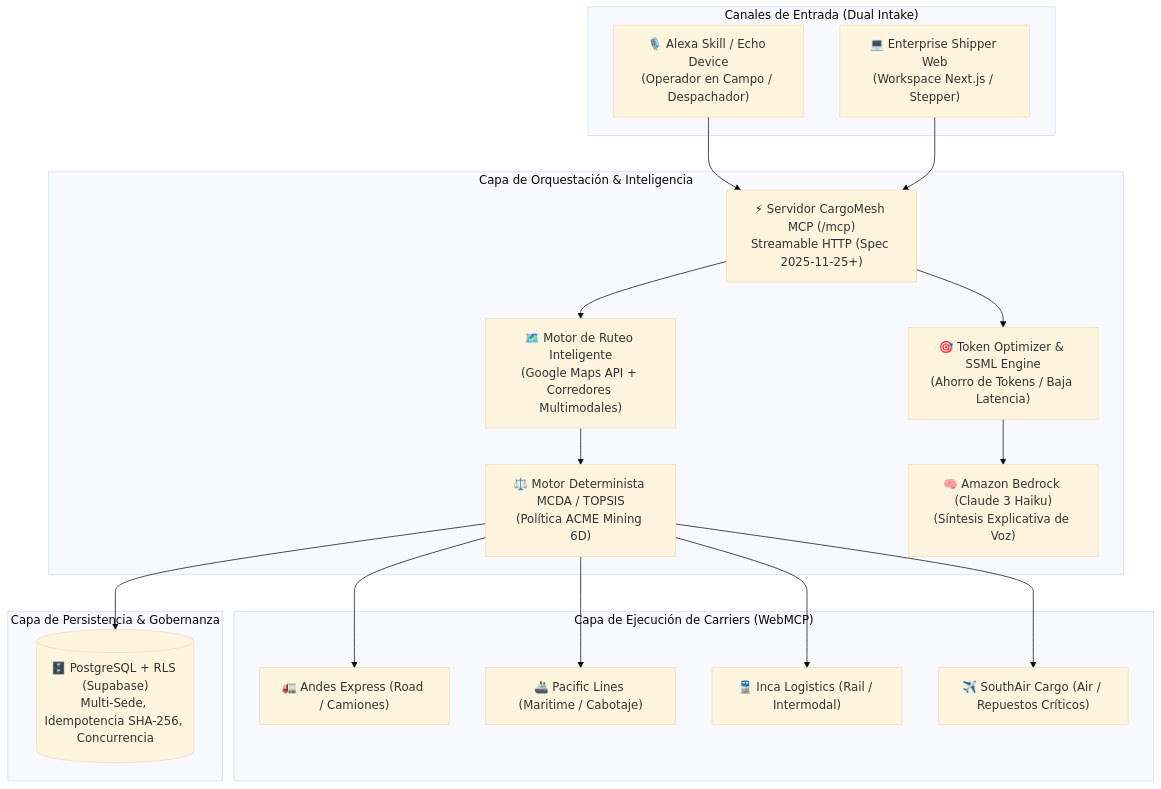
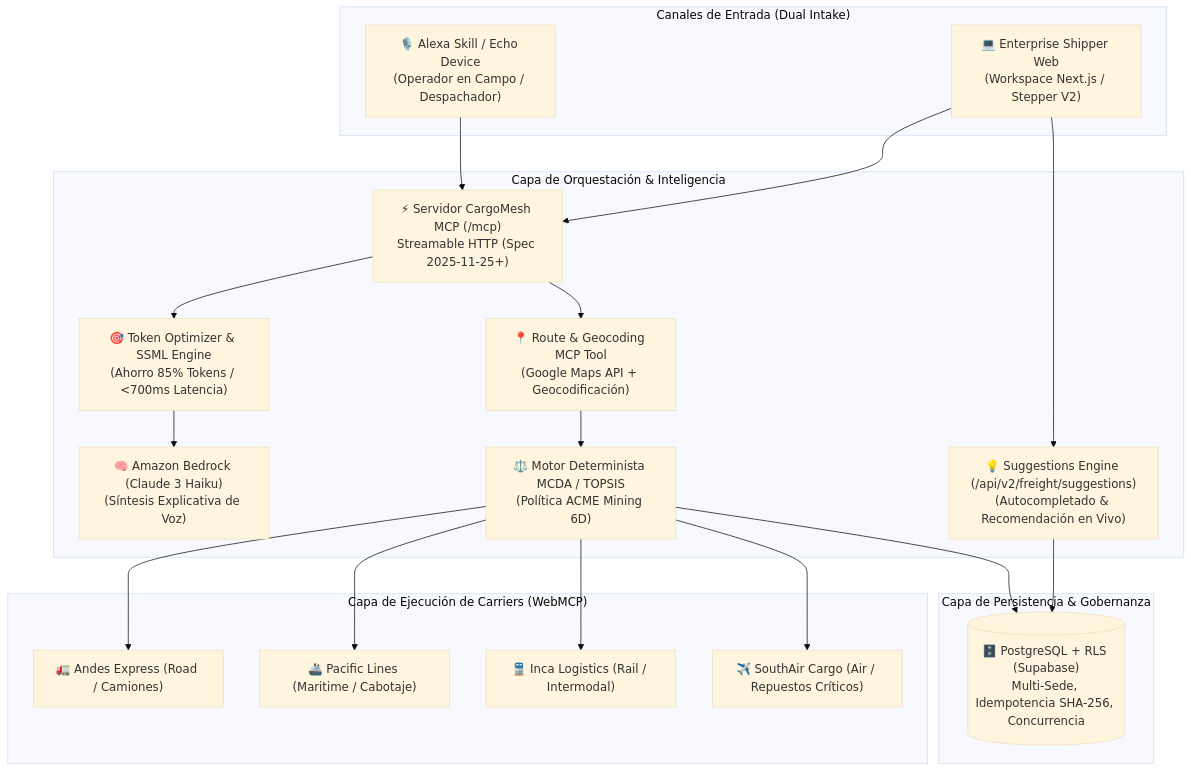
The first of 3 diagrams in docs/architecture-v2/CARGOMESH_V2_EVOLUTION_BLUEPRINT.md (Chujutak2024/cargomesh), drawn with Mermaid (base theme) before and after one commit. The commit also changed other lines of this file, not shown here.

Commit message:
docs(blueprint): add Route MCP, MCP gap audit, suggestions API, and Stepper V2 redesign

````diff
--- a/docs/architecture-v2/CARGOMESH_V2_EVOLUTION_BLUEPRINT.md
+++ b/docs/architecture-v2/CARGOMESH_V2_EVOLUTION_BLUEPRINT.md
@@ -9,38 +9,41 @@
 ```mermaid
 graph TD
     subgraph "Canales de Entrada (Dual Intake)"
         ALEXA["🎙️ Alexa Skill / Echo Device<br>(Operador en Campo / Despachador)"]
-        WEB["💻 Enterprise Shipper Web<br>(Workspace Next.js / Stepper)"]
+        WEB["💻 Enterprise Shipper Web<br>(Workspace Next.js / Stepper V2)"]
     end
 
     subgraph "Capa de Orquestación & Inteligencia"
         MCP["⚡ Servidor CargoMesh MCP (/mcp)<br>Streamable HTTP (Spec 2025-11-25+)"]
-        TOKEN_OPT["🎯 Token Optimizer & SSML Engine<br>(Ahorro de Tokens / Baja Latencia)"]
-        ROUTING["🗺️ Motor de Ruteo Inteligente<br>(Google Maps API + Corredores Multimodales)"]
+        TOKEN_OPT["🎯 Token Optimizer & SSML Engine<br>(Ahorro 85% Tokens / <700ms Latencia)"]
+        ROUTING_MCP["📍 Route & Geocoding MCP Tool<br>(Google Maps API + Geocodificación)"]
+        SUGGEST_API["💡 Suggestions Engine (/api/v2/freight/suggestions)<br>(Autocompletado & Recomendación en Vivo)"]
         MCDA["⚖️ Motor Determinista MCDA / TOPSIS<br>(Política ACME Mining 6D)"]
         BEDROCK["🧠 Amazon Bedrock (Claude 3 Haiku)<br>(Síntesis Explicativa de Voz)"]
     end
 
     subgraph "Capa de Ejecución de Carriers (WebMCP)"
         ANDES["🚛 Andes Express (Road / Camiones)"]
         PACIFIC["🚢 Pacific Lines (Maritime / Cabotaje)"]
         INCA["🚆 Inca Logistics (Rail / Intermodal)"]
         AIR["✈️ SouthAir Cargo (Air / Repuestos Críticos)"]
     end
 
     subgraph "Capa de Persistencia & Gobernanza"
         DB[("🗄️ PostgreSQL + RLS (Supabase)<br>Multi-Sede, Idempotencia SHA-256, Concurrencia")]
     end
 
     ALEXA --> MCP
     WEB --> MCP
     MCP --> TOKEN_OPT
     TOKEN_OPT --> BEDROCK
-    MCP --> ROUTING
-    ROUTING --> MCDA
+    MCP --> ROUTING_MCP
+    WEB --> SUGGEST_API
+    ROUTING_MCP --> MCDA
+    SUGGEST_API --> DB
     MCDA --> ANDES
     MCDA --> PACIFIC
     MCDA --> INCA
     MCDA --> AIR
     MCDA --> DB
 ```
````
